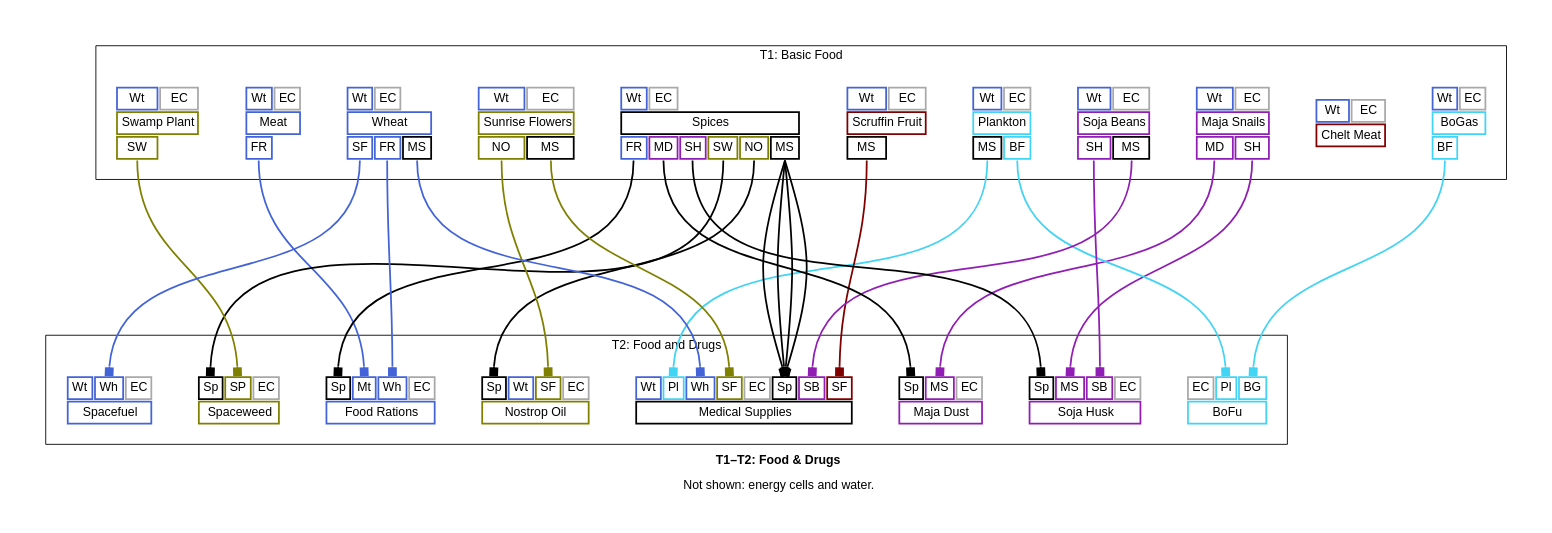
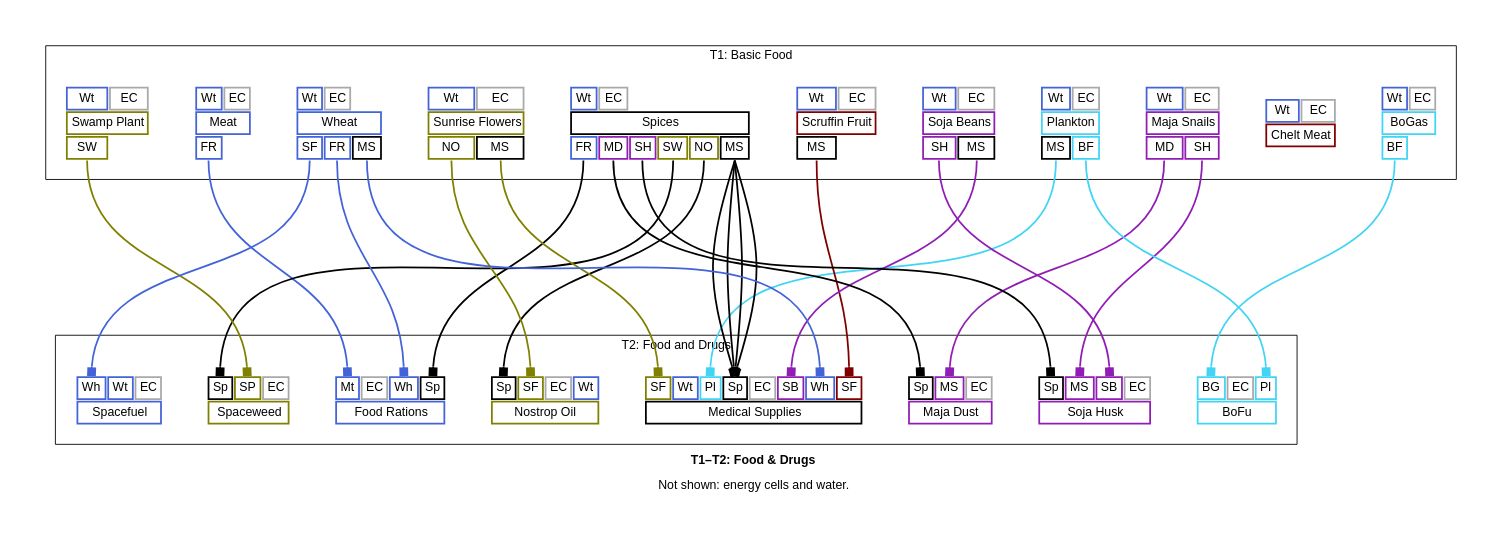
The diagram in docs/t1_t2_food_drugs_graph_simplified.dot (borntyping/x4-diagrams), drawn with Graphviz before and after one commit. The commit also changed other lines of this file and 45 other files, not shown here.

```diff
--- a/docs/t1_t2_food_drugs_graph_simplified.dot
+++ b/docs/t1_t2_food_drugs_graph_simplified.dot
@@ -264,11 +264,11 @@
   
     <tr>
       
+        <td align="text" bgcolor="white" color="#42d4f4" port="bogas">BG</td>
+      
         <td align="text" bgcolor="white" color="#a9a9a9" port="energy_cells">EC</td>
       
         <td align="text" bgcolor="white" color="#42d4f4" port="plankton">Pl</td>
-      
-        <td align="text" bgcolor="white" color="#42d4f4" port="bogas">BG</td>
       
     </tr>
   
@@ -281,13 +281,13 @@
   
     <tr>
       
-        <td align="text" bgcolor="white" color="#000000" port="spices">Sp</td>
+        <td align="text" bgcolor="white" color="#4363d8" port="meat">Mt</td>
       
-        <td align="text" bgcolor="white" color="#4363d8" port="meat">Mt</td>
+        <td align="text" bgcolor="white" color="#a9a9a9" port="energy_cells">EC</td>
       
         <td align="text" bgcolor="white" color="#4363d8" port="wheat">Wh</td>
       
-        <td align="text" bgcolor="white" color="#a9a9a9" port="energy_cells">EC</td>
+        <td align="text" bgcolor="white" color="#000000" port="spices">Sp</td>
       
     </tr>
   
@@ -317,19 +317,19 @@
   
     <tr>
       
+        <td align="text" bgcolor="white" color="#808000" port="sunrise_flowers">SF</td>
+      
         <td align="text" bgcolor="white" color="#4363d8" port="water">Wt</td>
       
         <td align="text" bgcolor="white" color="#42d4f4" port="plankton">Pl</td>
       
-        <td align="text" bgcolor="white" color="#4363d8" port="wheat">Wh</td>
-      
-        <td align="text" bgcolor="white" color="#808000" port="sunrise_flowers">SF</td>
+        <td align="text" bgcolor="white" color="#000000" port="spices">Sp</td>
       
         <td align="text" bgcolor="white" color="#a9a9a9" port="energy_cells">EC</td>
       
-        <td align="text" bgcolor="white" color="#000000" port="spices">Sp</td>
+        <td align="text" bgcolor="white" color="#911eb4" port="soja_beans">SB</td>
       
-        <td align="text" bgcolor="white" color="#911eb4" port="soja_beans">SB</td>
+        <td align="text" bgcolor="white" color="#4363d8" port="wheat">Wh</td>
       
         <td align="text" bgcolor="white" color="#800000" port="scruffin_fruits">SF</td>
       
@@ -346,11 +346,11 @@
       
         <td align="text" bgcolor="white" color="#000000" port="spices">Sp</td>
       
-        <td align="text" bgcolor="white" color="#4363d8" port="water">Wt</td>
-      
         <td align="text" bgcolor="white" color="#808000" port="sunrise_flowers">SF</td>
       
         <td align="text" bgcolor="white" color="#a9a9a9" port="energy_cells">EC</td>
+      
+        <td align="text" bgcolor="white" color="#4363d8" port="water">Wt</td>
       
     </tr>
   
@@ -382,9 +382,9 @@
   
     <tr>
       
+        <td align="text" bgcolor="white" color="#4363d8" port="wheat">Wh</td>
+      
         <td align="text" bgcolor="white" color="#4363d8" port="water">Wt</td>
-      
-        <td align="text" bgcolor="white" color="#4363d8" port="wheat">Wh</td>
       
         <td align="text" bgcolor="white" color="#a9a9a9" port="energy_cells">EC</td>
       
```
